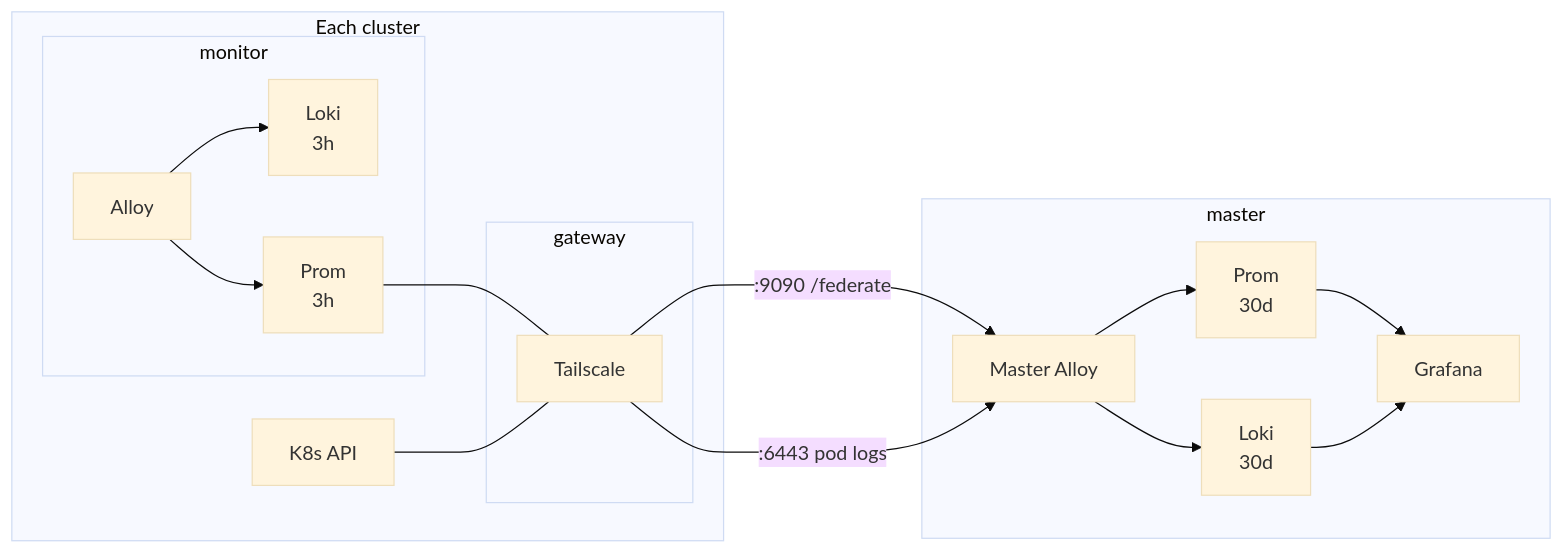
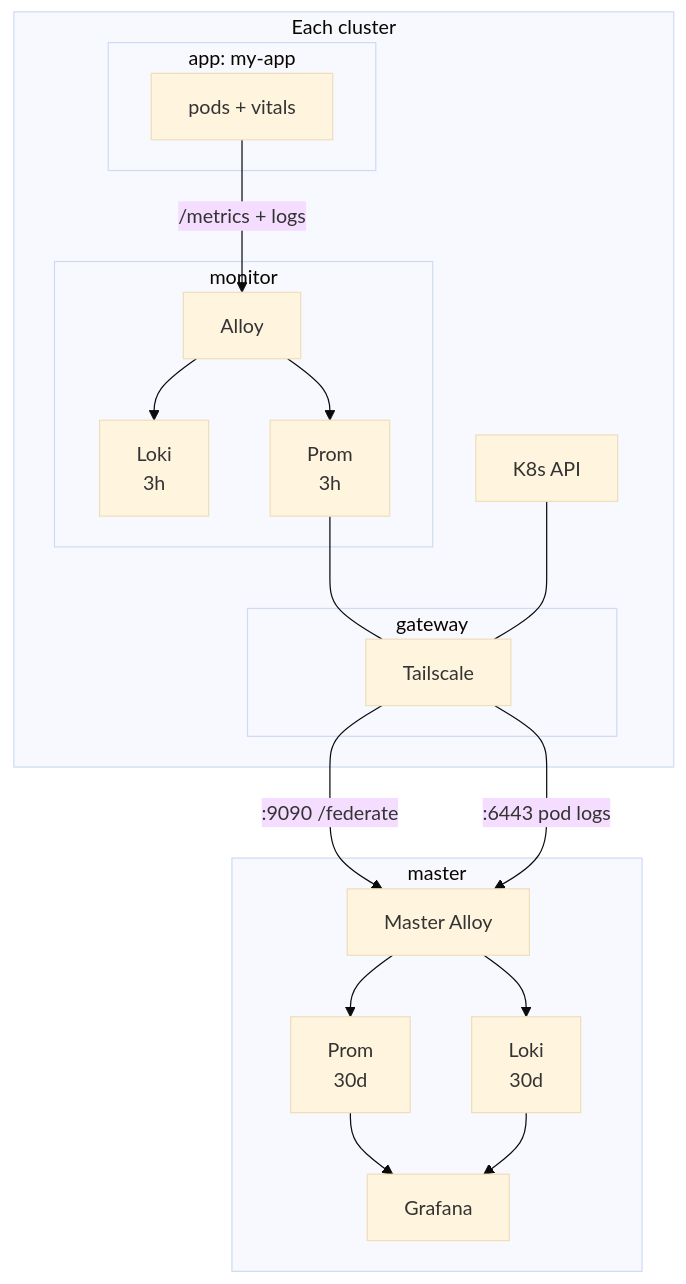
Before and after one commit to Kord96/kordinate: the fourth of 4 diagrams in docs/infrastructure.md, drawn with Mermaid (base theme).

Commit message:
docs: add app box to data flow diagram [scribe]
Show app: my-app (pods + vitals) feeding into monitor's Alloy.
Switched to TB layout to fit the app → monitor → gateway flow.

````diff
--- a/docs/infrastructure.md
+++ b/docs/infrastructure.md
@@ -97,21 +97,28 @@
 ```mermaid
-flowchart LR
+flowchart TB
     subgraph cluster[Each cluster]
+        subgraph app["app: my-app"]
+            PODS[pods + vitals]
+        end
+
         subgraph mon[monitor]
             AL[Alloy] --> L[Loki<br/>3h] & P[Prom<br/>3h]
         end
+
         subgraph gw[gateway]
             GWT[Tailscale]
         end
+
+        PODS -->|/metrics + logs| AL
         P --- GWT
         K8S[K8s API] --- GWT
     end
 
     GWT -->|:9090 /federate| MA
     GWT -->|:6443 pod logs| MA
 
     subgraph master[master]
         MA[Master Alloy] --> ML[Loki<br/>30d] & MP[Prom<br/>30d]
         MP & ML --> G[Grafana]
     end
 ```
````
